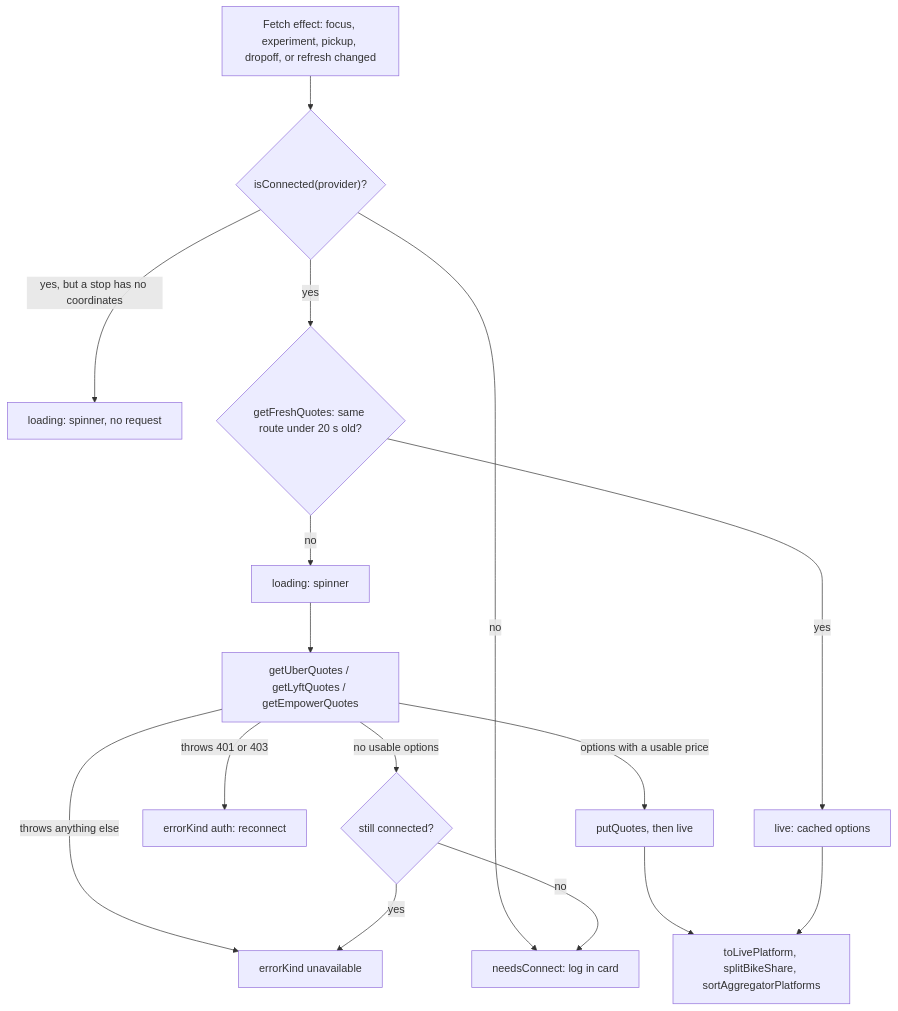
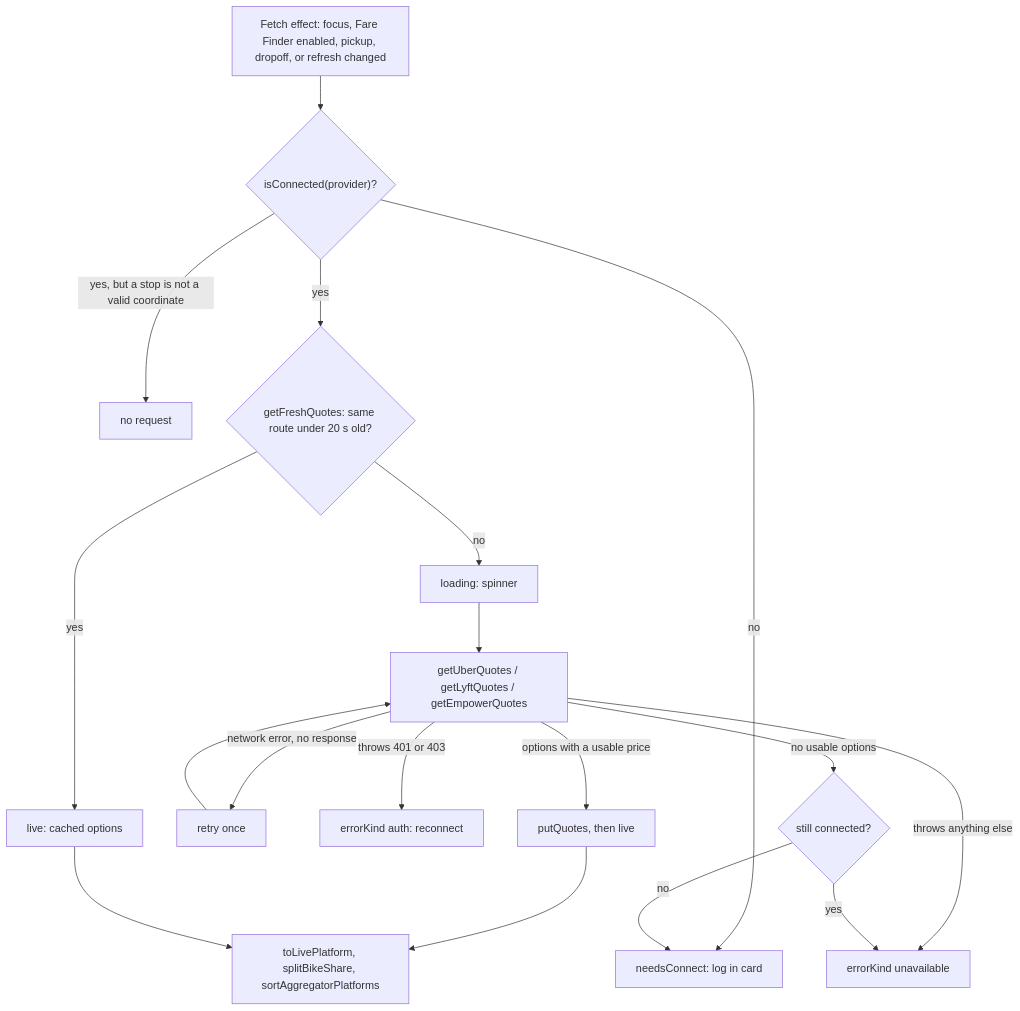
One commit to rideyelo/docs changed the diagram in engineering/mobile/rideshare-aggregator.mdx. Above: the diagram before and after it, drawn with Mermaid. The commit also changed other lines of this file and 9 other files, not shown here.

Commit message:
docs: document Fare Finder general availability in the mobile aggregator

````diff
--- a/engineering/mobile/rideshare-aggregator.mdx
+++ b/engineering/mobile/rideshare-aggregator.mdx
@@ -23,18 +50,20 @@
 ```mermaid
 flowchart TD
-  FX["Fetch effect: focus, experiment, pickup, dropoff, or refresh changed"] --> CONN{"isConnected(provider)?"}
+  FX["Fetch effect: focus, Fare Finder enabled, pickup, dropoff, or refresh changed"] --> CONN{"isConnected(provider)?"}
   CONN -->|no| LOGIN["needsConnect: log in card"]
-  CONN -->|yes, but a stop has no coordinates| WAIT["loading: spinner, no request"]
+  CONN -->|yes, but a stop is not a valid coordinate| WAIT["no request"]
   CONN -->|yes| CACHE{"getFreshQuotes: same route under 20 s old?"}
   CACHE -->|yes| LIVE["live: cached options"]
   CACHE -->|no| LOAD["loading: spinner"]
   LOAD --> FETCH["getUberQuotes / getLyftQuotes / getEmpowerQuotes"]
+  FETCH -->|network error, no response| RETRY["retry once"]
+  RETRY --> FETCH
   FETCH -->|throws 401 or 403| AUTH["errorKind auth: reconnect"]
   FETCH -->|throws anything else| UNAV["errorKind unavailable"]
   FETCH -->|options with a usable price| PUT["putQuotes, then live"]
   FETCH -->|no usable options| RECHECK{"still connected?"}
   RECHECK -->|yes| UNAV
   RECHECK -->|no| LOGIN
   PUT --> ASSEMBLE["toLivePlatform, splitBikeShare, sortAggregatorPlatforms"]
   LIVE --> ASSEMBLE
 ```
````
